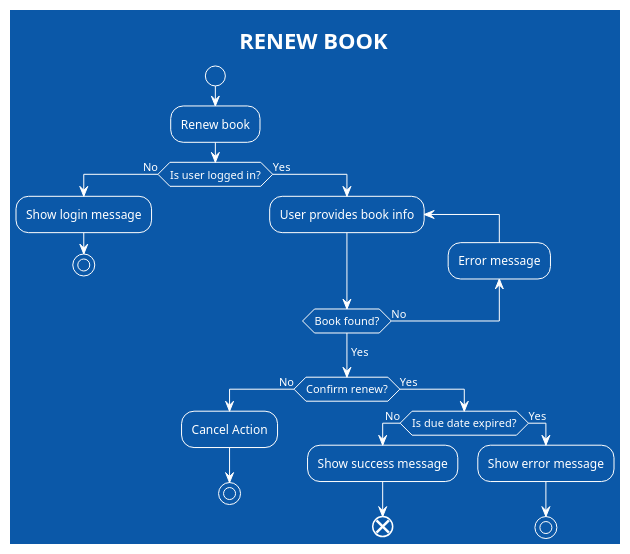
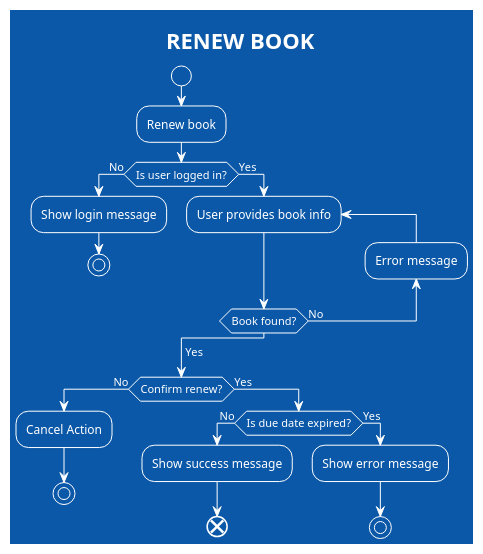
The fifth of 7 diagrams in flowcharts/flowchart-diagrams.md (Gabe-Alvess/LibraryAppDiagrams), drawn with PlantUML before and after one commit. The commit also changed other lines of this file and 4 other files, not shown here.

````diff
--- a/flowcharts/flowchart-diagrams.md
+++ b/flowcharts/flowchart-diagrams.md
@@ -111,31 +126,34 @@
 ```plantuml
 
 @startuml
 
 !theme amiga
 title RENEW BOOK
 
 start
 :Renew book;
 if (Is user logged in?) then (No)
-:Show login message;
-stop
+    :Show login message;
+    stop
 else (Yes)
-repeat:User provides book info;
-backward:Error message;
-repeat while (Book found?) is (No)
+    repeat:User provides book info;
+    backward:Error message;
+    repeat while (Book found?) is (No)
+endif
 ->Yes;
 if (Confirm renew?) then (No)
-:Cancel Action;
-stop
+    :Cancel Action;
+    stop
 else (Yes)
-if (Is due date expired?) then (No)
-:Show success message;
-end
-else (Yes)
-:Show error message;
-stop
+    if (Is due date expired?) then (No)
+        :Show success message;
+        end
+    else (Yes)
+        :Show error message;
+        stop
+    endif
+endif
 
 @enduml
 
 ```
````
